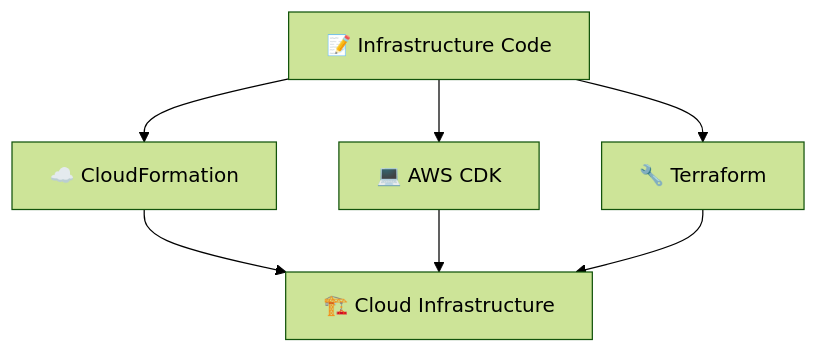
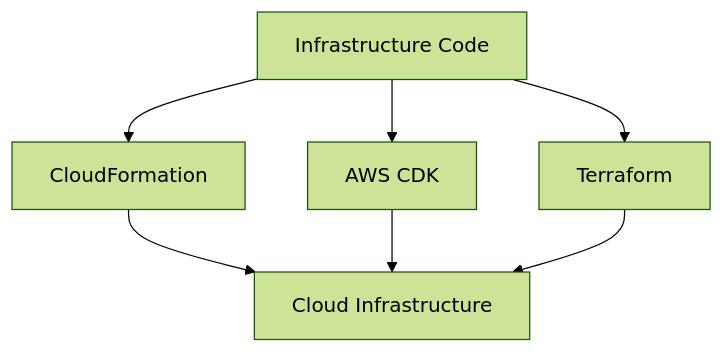
One commit to Yuvii2102/My-Devops-Cloud-Journey changed diagram 15 of 31 in DevOps-Labs-and-Projects/ Day-01 to Day-06/README.md. Above: the diagram before and after it, drawn with Mermaid (forest theme). The commit also changed other lines of this file, not shown here.

````diff
--- a/DevOps-Labs-and-Projects/ Day-01 to Day-06/README.md
+++ b/DevOps-Labs-and-Projects/ Day-01 to Day-06/README.md
@@ -508,18 +379,11 @@
 ```mermaid
 flowchart TD
-    CODE["📝 Infrastructure Code"]
+    CODE["Infrastructure Code"]
+    CODE --> CF["CloudFormation"]
+    CODE --> CDK["AWS CDK"]
+    CODE --> TF["Terraform"]
 
-    CF["☁️ CloudFormation"]
-    CDK["💻 AWS CDK"]
-    TF["🔧 Terraform"]
-
-    INFRA["🏗️ Cloud Infrastructure"]
-
-    CODE --> CF
-    CODE --> CDK
-    CODE --> TF
-
-    CF --> INFRA
+    CF --> INFRA["Cloud Infrastructure"]
     CDK --> INFRA
     TF --> INFRA
 ```
````
